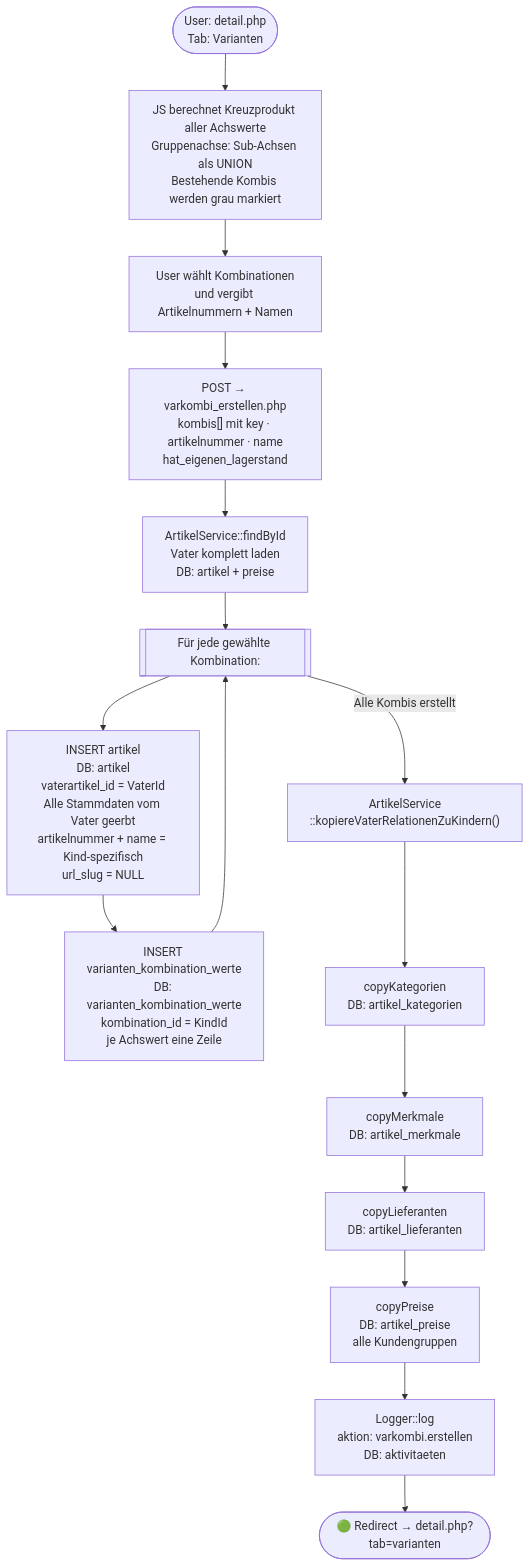
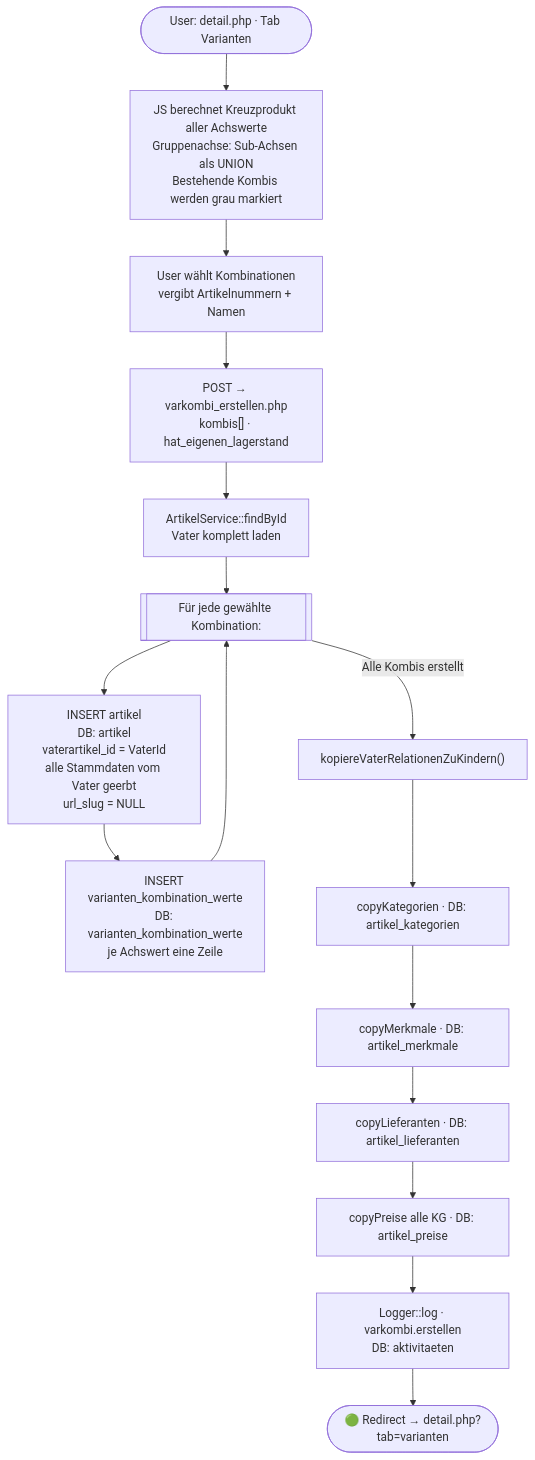
The sixth of 15 diagrams in docs/workflows/artikel_workflows.md (Kindra2804/mealana-erp), drawn with Mermaid before and after one commit. The commit also changed other lines of this file, not shown here.

Commit message:
docs: Artikel-Workflows komplett — alle 12 Workflows mit Mermaid

````diff
--- a/docs/workflows/artikel_workflows.md
+++ b/docs/workflows/artikel_workflows.md
@@ -132,23 +237,23 @@
 ```mermaid
 flowchart TD
-    START(["User: detail.php<br/>Tab: Varianten"])
+    START(["User: detail.php · Tab Varianten"])
     JS["JS berechnet Kreuzprodukt aller Achswerte<br/>Gruppenachse: Sub-Achsen als UNION<br/>Bestehende Kombis werden grau markiert"]
-    SELECT["User wählt Kombinationen<br/>und vergibt Artikelnummern + Namen"]
-    POST["POST → varkombi_erstellen.php<br/>kombis[] mit key · artikelnummer · name<br/>hat_eigenen_lagerstand"]
-    VATER["ArtikelService::findById<br/>Vater komplett laden<br/>DB: artikel + preise"]
+    SELECT["User wählt Kombinationen<br/>vergibt Artikelnummern + Namen"]
+    POST["POST → varkombi_erstellen.php<br/>kombis[] · hat_eigenen_lagerstand"]
+    VATER["ArtikelService::findById<br/>Vater komplett laden"]
     LOOP[["Für jede gewählte Kombination:"]]
-    INS_KIND["INSERT artikel<br/>DB: artikel<br/>vaterartikel_id = VaterId<br/>Alle Stammdaten vom Vater geerbt<br/>artikelnummer + name = Kind-spezifisch<br/>url_slug = NULL"]
-    INS_KOMBI["INSERT varianten_kombination_werte<br/>DB: varianten_kombination_werte<br/>kombination_id = KindId<br/>je Achswert eine Zeile"]
-    COPY["ArtikelService<br/>::kopiereVaterRelationenZuKindern()"]
-    CPY_KAT["copyKategorien<br/>DB: artikel_kategorien"]
-    CPY_MERK["copyMerkmale<br/>DB: artikel_merkmale"]
-    CPY_LIEF["copyLieferanten<br/>DB: artikel_lieferanten"]
-    CPY_PREIS["copyPreise<br/>DB: artikel_preise<br/>alle Kundengruppen"]
-    LOG["Logger::log<br/>aktion: varkombi.erstellen<br/>DB: aktivitaeten"]
+    INS_KIND["INSERT artikel<br/>DB: artikel<br/>vaterartikel_id = VaterId<br/>alle Stammdaten vom Vater geerbt<br/>url_slug = NULL"]
+    INS_KOMBI["INSERT varianten_kombination_werte<br/>DB: varianten_kombination_werte<br/>je Achswert eine Zeile"]
+    COPY["kopiereVaterRelationenZuKindern()"]
+    CPY_KAT["copyKategorien · DB: artikel_kategorien"]
+    CPY_MERK["copyMerkmale · DB: artikel_merkmale"]
+    CPY_LIEF["copyLieferanten · DB: artikel_lieferanten"]
+    CPY_PREIS["copyPreise alle KG · DB: artikel_preise"]
+    LOG["Logger::log · varkombi.erstellen<br/>DB: aktivitaeten"]
     END(["🟢 Redirect → detail.php?tab=varianten"])
 
     START --> JS --> SELECT --> POST --> VATER --> LOOP
     LOOP --> INS_KIND --> INS_KOMBI --> LOOP
-    LOOP -->|"Alle Kombis erstellt"| COPY
+    LOOP -->|Alle Kombis erstellt| COPY
     COPY --> CPY_KAT --> CPY_MERK --> CPY_LIEF --> CPY_PREIS --> LOG --> END
 ```
````
